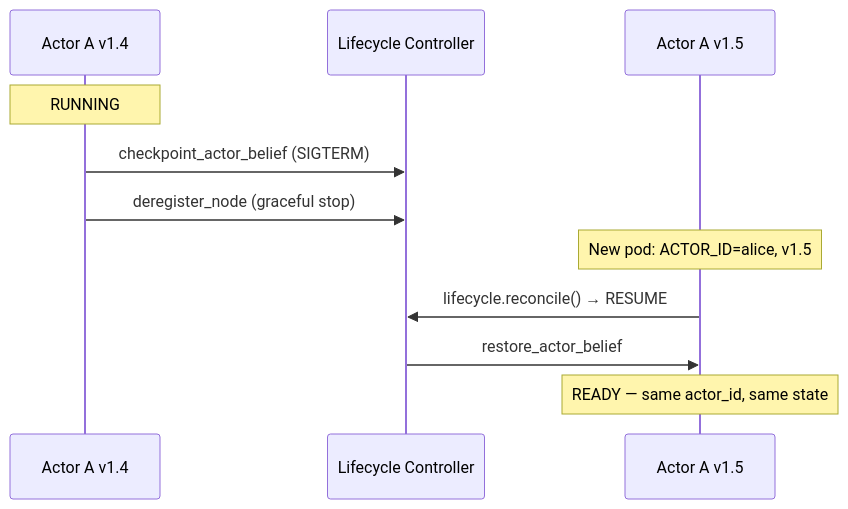
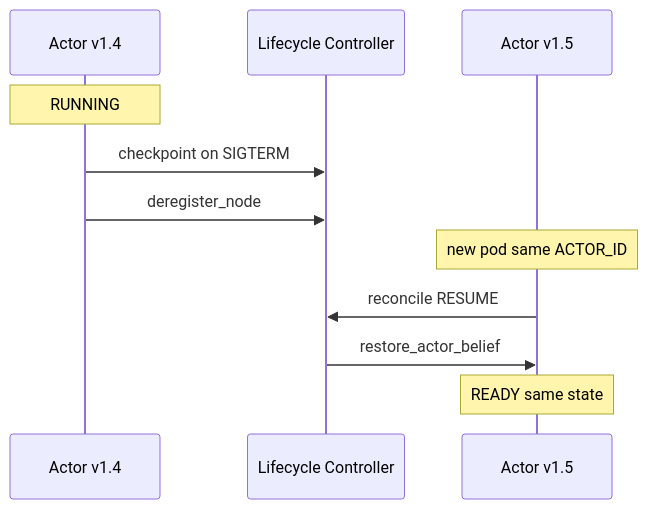
Before and after one commit to monkeypatched-stack/cogitive-os: diagram 19 of 22 in docs/DIAGRAMS.md, drawn with Mermaid. The commit also changed other lines of this file, not shown here.

Commit message:
adding diagrams

````diff
--- a/docs/DIAGRAMS.md
+++ b/docs/DIAGRAMS.md
@@ -600,14 +626,14 @@
 ```mermaid
 sequenceDiagram
-    participant V1 as Actor A v1.4
+    participant V1 as Actor v1.4
     participant Ctrl as Lifecycle Controller
-    participant V2 as Actor A v1.5
+    participant V2 as Actor v1.5
 
     Note over V1: RUNNING
-    V1->>Ctrl: checkpoint_actor_belief (SIGTERM)
-    V1->>Ctrl: deregister_node (graceful stop)
-    Note over V2: New pod: ACTOR_ID=alice, v1.5
-    V2->>Ctrl: lifecycle.reconcile() → RESUME
+    V1->>Ctrl: checkpoint on SIGTERM
+    V1->>Ctrl: deregister_node
+    Note over V2: new pod same ACTOR_ID
+    V2->>Ctrl: reconcile RESUME
     Ctrl->>V2: restore_actor_belief
-    Note over V2: READY — same actor_id, same state
+    Note over V2: READY same state
 ```
````
